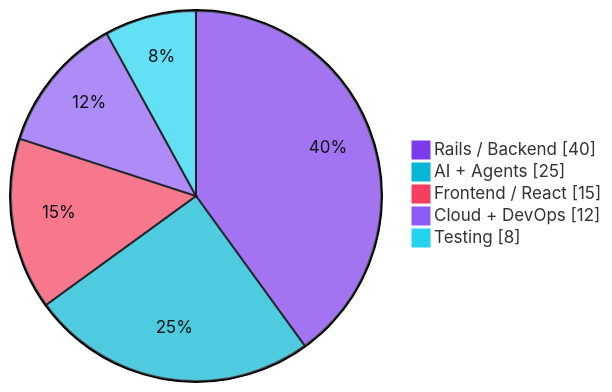
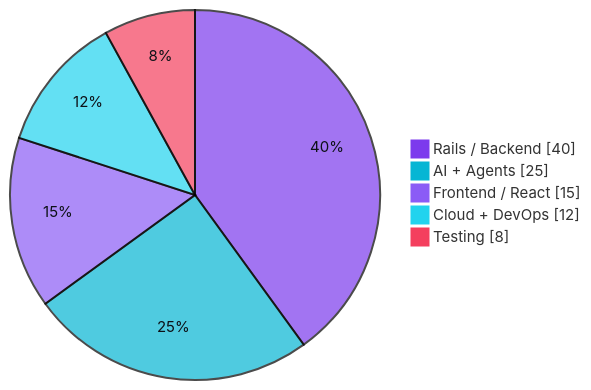
Before and after one commit to seemakram15/seemakram15: the second of 2 diagrams in README.md, drawn with Mermaid. The commit also changed other lines of this file, not shown here.

````diff
--- a/README.md
+++ b/README.md
@@ -208,9 +225,9 @@
 ```mermaid
-%%{init: {'theme':'base','themeVariables':{'pie1':'#7C3AED','pie2':'#06B6D4','pie3':'#F43F5E','pie4':'#8B5CF6','pie5':'#22D3EE','pieTitleTextSize':'16px','pieSectionTextColor':'#0D1117','pieStrokeColor':'#0D1117','fontFamily':'ui-monospace, monospace'}}}%%
+%%{init: {'theme':'base','themeVariables':{'pie1':'#7C3AED','pie2':'#06B6D4','pie3':'#8B5CF6','pie4':'#22D3EE','pie5':'#F43F5E','pieOuterStrokeWidth':'0px','pieTitleTextSize':'0px','pieSectionTextSize':'15px','pieLegendTextSize':'15px','pieSectionTextColor':'#0D1117','fontFamily':'ui-monospace, SFMono-Regular, monospace'}}}%%
 pie showData
     "Rails / Backend" : 40
     "AI + Agents" : 25
     "Frontend / React" : 15
     "Cloud + DevOps" : 12
     "Testing" : 8
 ```
````
